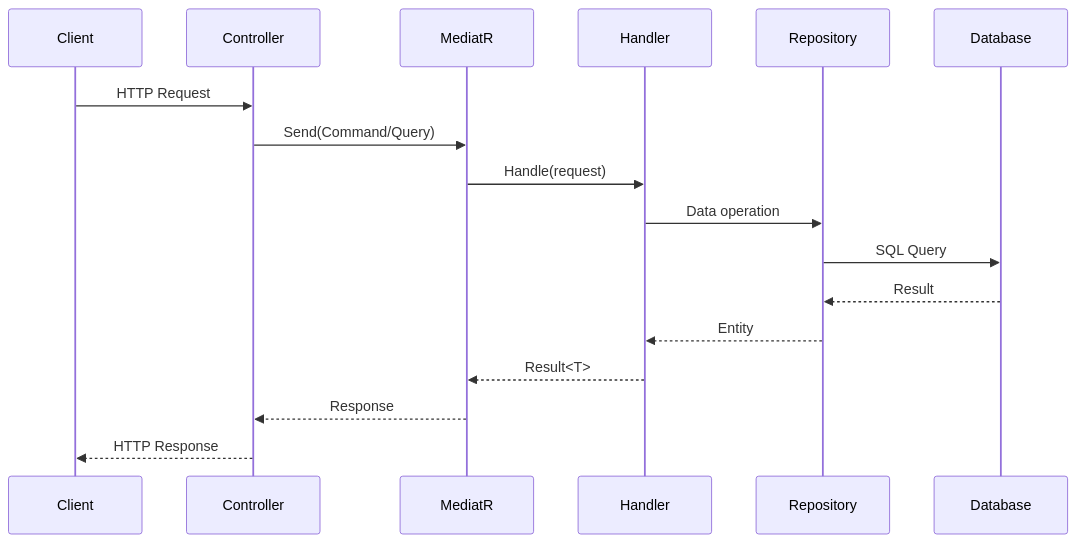
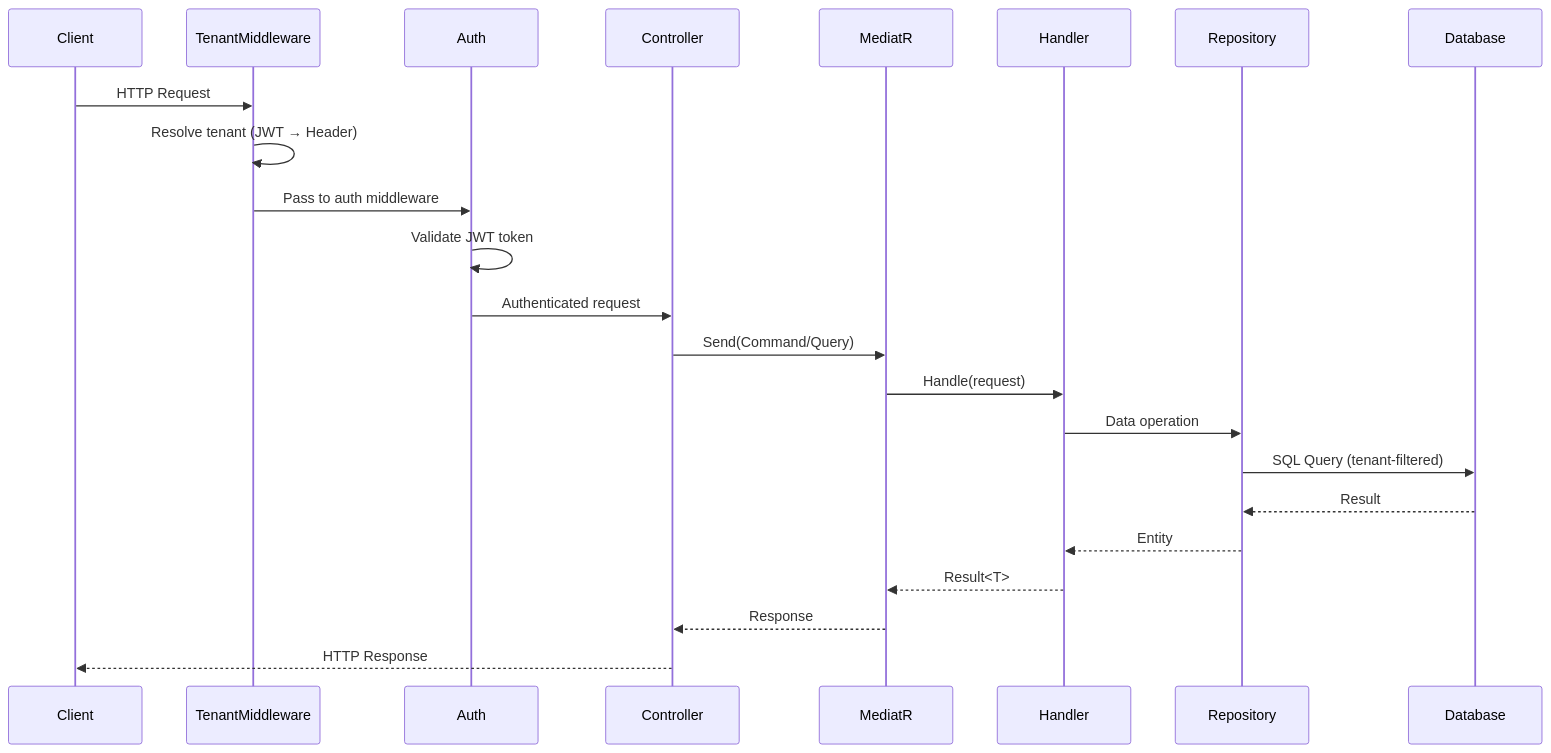
The diagram in backend/src/FolioForge.Api/README.md (Shivansh-Gaur2/FolioForge.ai), drawn with Mermaid before and after one commit. The commit also changed other lines of this file and 6 other files, not shown here.

````diff
--- a/backend/src/FolioForge.Api/README.md
+++ b/backend/src/FolioForge.Api/README.md
@@ -165,20 +353,26 @@
 ```mermaid
 sequenceDiagram
     participant Client
+    participant TenantMiddleware
+    participant Auth
     participant Controller
     participant MediatR
     participant Handler
     participant Repository
     participant Database
     
-    Client->>Controller: HTTP Request
+    Client->>TenantMiddleware: HTTP Request
+    TenantMiddleware->>TenantMiddleware: Resolve tenant (JWT → Header)
+    TenantMiddleware->>Auth: Pass to auth middleware
+    Auth->>Auth: Validate JWT token
+    Auth->>Controller: Authenticated request
     Controller->>MediatR: Send(Command/Query)
     MediatR->>Handler: Handle(request)
     Handler->>Repository: Data operation
-    Repository->>Database: SQL Query
+    Repository->>Database: SQL Query (tenant-filtered)
     Database-->>Repository: Result
     Repository-->>Handler: Entity
     Handler-->>MediatR: Result<T>
     MediatR-->>Controller: Response
     Controller-->>Client: HTTP Response
 ```
````
